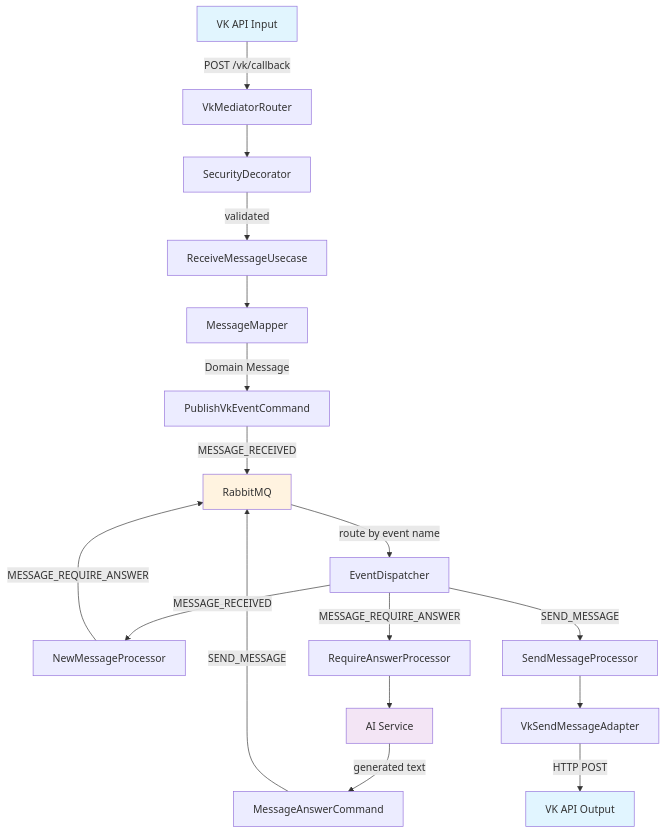
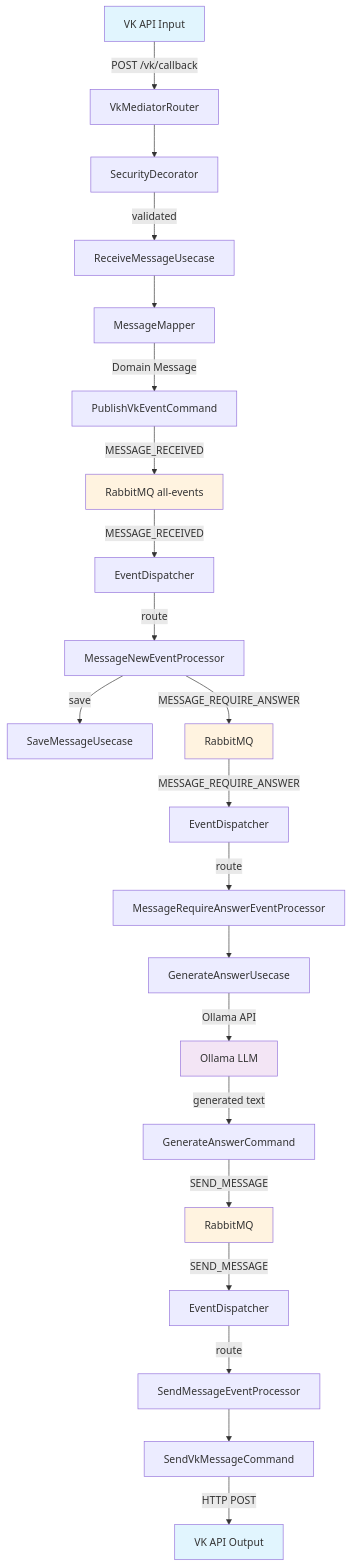
The first of 2 diagrams in docs/architecture/data-flow.md (MaximenkovAnton/vkbot), drawn with Mermaid before and after one commit. The commit also changed other lines of this file and 4 other files, not shown here.

````diff
--- a/docs/architecture/data-flow.md
+++ b/docs/architecture/data-flow.md
@@ -7,27 +7,33 @@
 ```mermaid
 flowchart TD
     VK_IN[VK API Input] -->|POST /vk/callback| Router[VkMediatorRouter]
     Router --> Security[SecurityDecorator]
     Security -->|validated| UseCase[ReceiveMessageUsecase]
     UseCase --> Mapper[MessageMapper]
     Mapper -->|Domain Message| Publisher[PublishVkEventCommand]
-    Publisher -->|MESSAGE_RECEIVED| MQ[RabbitMQ]
-    
-    MQ -->|route by event name| Dispatcher[EventDispatcher]
-    Dispatcher -->|MESSAGE_RECEIVED| NewMsg[NewMessageProcessor]
-    NewMsg -->|MESSAGE_REQUIRE_ANSWER| MQ
-    
-    Dispatcher -->|MESSAGE_REQUIRE_ANSWER| RequireAnswer[RequireAnswerProcessor]
-    RequireAnswer --> AI[AI Service]
-    AI -->|generated text| Command[MessageAnswerCommand]
-    Command -->|SEND_MESSAGE| MQ
-    
-    Dispatcher -->|SEND_MESSAGE| SendProcessor[SendMessageProcessor]
-    SendProcessor --> VkFacade[VkSendMessageAdapter]
+    Publisher -->|MESSAGE_RECEIVED| MQ[RabbitMQ all-events]
+
+    MQ -->|MESSAGE_RECEIVED| Dispatcher[EventDispatcher]
+    Dispatcher -->|route| NewMsg[MessageNewEventProcessor]
+    NewMsg -->|save| Persistence[SaveMessageUsecase]
+    NewMsg -->|MESSAGE_REQUIRE_ANSWER| MQ2[RabbitMQ]
+
+    MQ2 -->|MESSAGE_REQUIRE_ANSWER| Dispatcher2[EventDispatcher]
+    Dispatcher2 -->|route| RequireAnswer[MessageRequireAnswerEventProcessor]
+    RequireAnswer --> AI[GenerateAnswerUsecase]
+    AI -->|Ollama API| Ollama[Ollama LLM]
+    Ollama -->|generated text| Command[GenerateAnswerCommand]
+    Command -->|SEND_MESSAGE| MQ3[RabbitMQ]
+
+    MQ3 -->|SEND_MESSAGE| Dispatcher3[EventDispatcher]
+    Dispatcher3 -->|route| SendProcessor[SendMessageEventProcessor]
+    SendProcessor --> VkFacade[SendVkMessageCommand]
     VkFacade -->|HTTP POST| VK_OUT[VK API Output]
-    
+
     style VK_IN fill:#e1f5fe
-    style VK_OUT fill:#e1f5ff
+    style VK_OUT fill:#e1f5fe
     style MQ fill:#fff3e0
-    style AI fill:#f3e5f5
+    style MQ2 fill:#fff3e0
+    style MQ3 fill:#fff3e0
+    style Ollama fill:#f3e5f5
 ```
````
